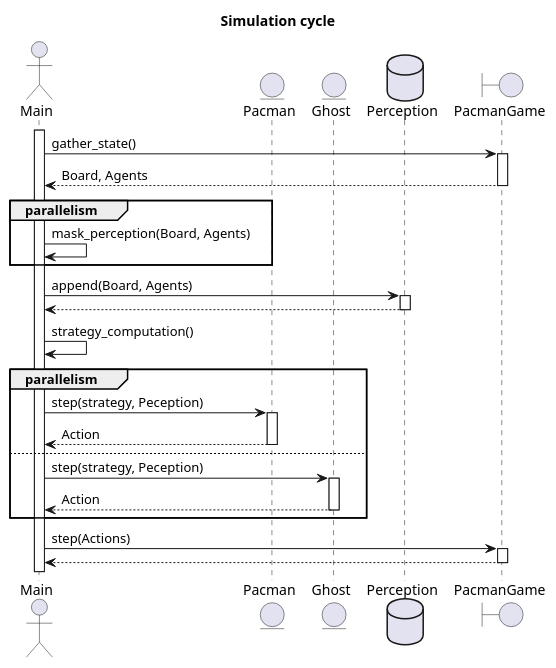
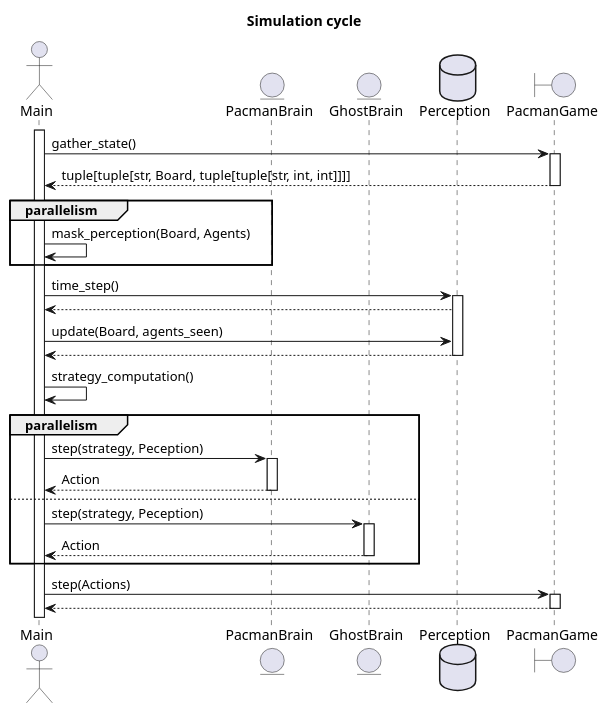
One commit to kalharko/pAIcman changed the diagram in Documentation/sequence_full.puml. Above: the diagram before and after it, drawn with PlantUML. The commit also changed 12 other files, not shown here.

```diff
--- a/Documentation/sequence_full.puml
+++ b/Documentation/sequence_full.puml
@@ -1,47 +1,49 @@
 @startuml full
 
 title Simulation cycle
 
 
 actor Main
-entity Pacman
-entity Ghost
+entity PacmanBrain
+entity GhostBrain
 database Perception
 boundary PacmanGame
 
 activate Main
 
 Main -> PacmanGame : gather_state()
 activate PacmanGame
-Main <-- PacmanGame : Board, Agents
+Main <-- PacmanGame : tuple[tuple[str, Board, tuple[tuple[str, int, int]]]]
 deactivate PacmanGame
 
 group parallelism
     Main -> Main : mask_perception(Board, Agents)
 end
 
-Main -> Perception : append(Board, Agents)
+Main -> Perception : time_step()
 activate Perception
+Main <-- Perception
+Main -> Perception : update(Board, agents_seen)
 Main <-- Perception
 deactivate Perception
 Main -> Main : strategy_computation()
 
 group parallelism
-    Main -> Pacman : step(strategy, Peception)
-    activate Pacman
-    Main <-- Pacman : Action
-    deactivate Pacman
+    Main -> PacmanBrain : step(strategy, Peception)
+    activate PacmanBrain
+    Main <-- PacmanBrain : Action
+    deactivate PacmanBrain
 else
-    Main -> Ghost : step(strategy, Peception)
-    deactivate Pacman
-    activate Ghost
-    Main <-- Ghost : Action
-    deactivate Ghost
+    Main -> GhostBrain : step(strategy, Peception)
+    deactivate PacmanBrain
+    activate GhostBrain
+    Main <-- GhostBrain : Action
+    deactivate GhostBrain
 end
 
 Main -> PacmanGame : step(Actions)
 activate PacmanGame
 Main <-- PacmanGame
 deactivate PacmanGame
 
 @enduml
```
